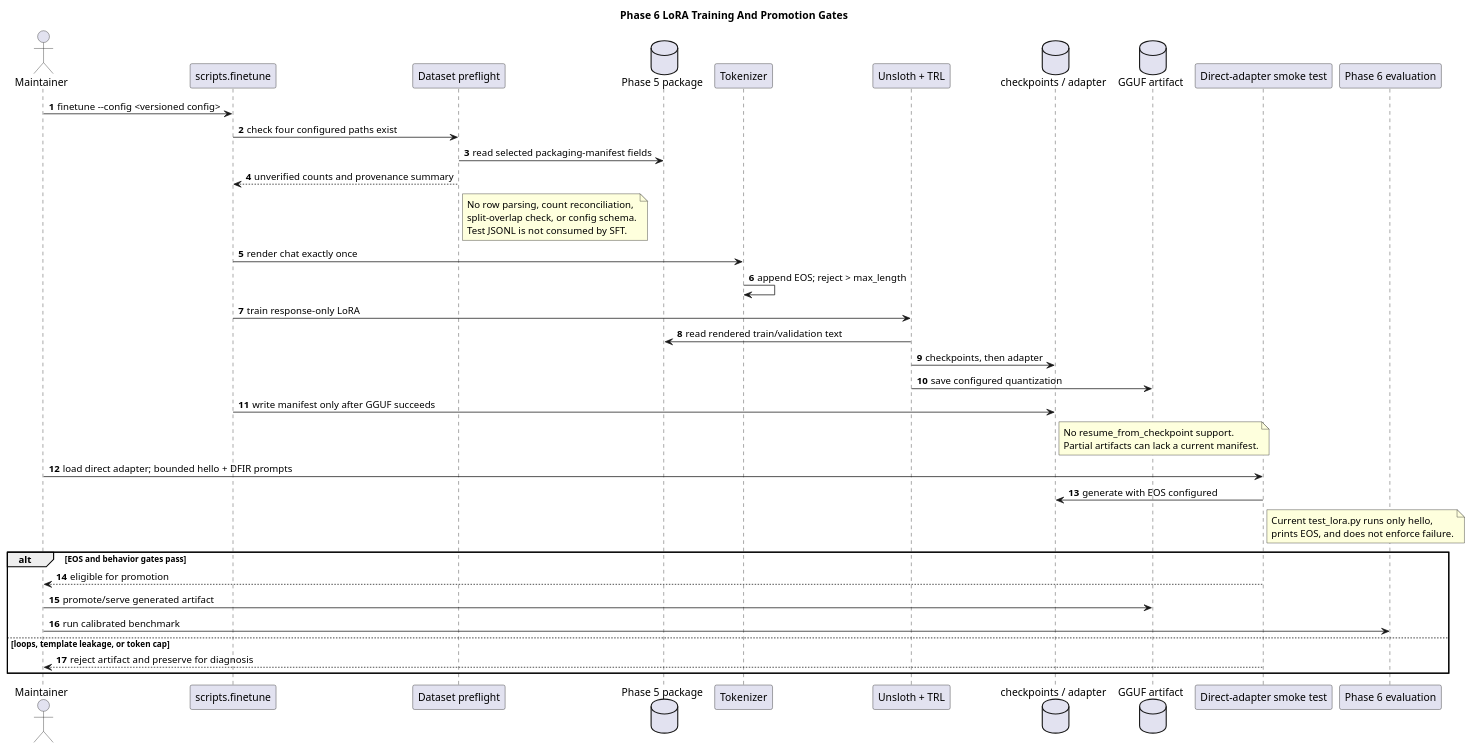
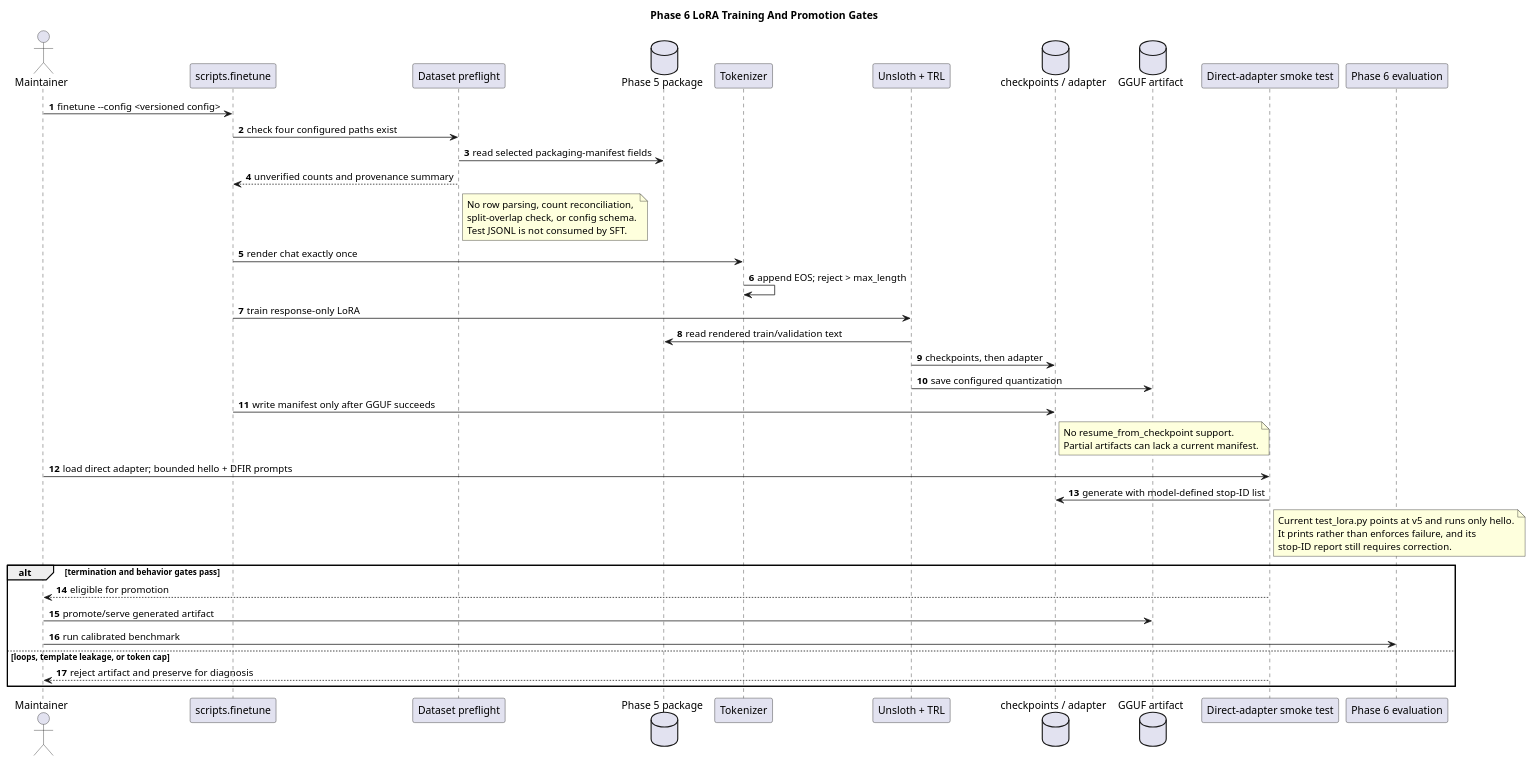
Before and after one commit to darkrelicz/dfir-dataset: the diagram in docs/diagrams/phase6-training-sequence.puml, drawn with PlantUML. The commit also changed 14 other files, not shown here.

```diff
--- a/docs/diagrams/phase6-training-sequence.puml
+++ b/docs/diagrams/phase6-training-sequence.puml
@@ -1,52 +1,53 @@
 @startuml
 title Phase 6 LoRA Training And Promotion Gates
 
 skinparam shadowing false
 autonumber
 
 actor Maintainer
 participant "scripts.finetune" as CLI
 participant "Dataset preflight" as Preflight
 database "Phase 5 package" as Package
 participant "Tokenizer" as Tokenizer
 participant "Unsloth + TRL" as Trainer
 database "checkpoints / adapter" as Artifacts
 database "GGUF artifact" as GGUF
 participant "Direct-adapter smoke test" as Smoke
 participant "Phase 6 evaluation" as Evaluation
 
 Maintainer -> CLI: finetune --config <versioned config>
 CLI -> Preflight: check four configured paths exist
 Preflight -> Package: read selected packaging-manifest fields
 Preflight --> CLI: unverified counts and provenance summary
 note right of Preflight
   No row parsing, count reconciliation,
   split-overlap check, or config schema.
   Test JSONL is not consumed by SFT.
 end note
 CLI -> Tokenizer: render chat exactly once
 Tokenizer -> Tokenizer: append EOS; reject > max_length
 CLI -> Trainer: train response-only LoRA
 Trainer -> Package: read rendered train/validation text
 Trainer -> Artifacts: checkpoints, then adapter
 Trainer -> GGUF: save configured quantization
 CLI -> Artifacts: write manifest only after GGUF succeeds
 note right of Artifacts
   No resume_from_checkpoint support.
   Partial artifacts can lack a current manifest.
 end note
 Maintainer -> Smoke: load direct adapter; bounded hello + DFIR prompts
-Smoke -> Artifacts: generate with EOS configured
+Smoke -> Artifacts: generate with model-defined stop-ID list
 note right of Smoke
-  Current test_lora.py runs only hello,
-  prints EOS, and does not enforce failure.
+  Current test_lora.py points at v5 and runs only hello.
+  It prints rather than enforces failure, and its
+  stop-ID report still requires correction.
 end note
-alt EOS and behavior gates pass
+alt termination and behavior gates pass
   Smoke --> Maintainer: eligible for promotion
   Maintainer -> GGUF: promote/serve generated artifact
   Maintainer -> Evaluation: run calibrated benchmark
 else loops, template leakage, or token cap
   Smoke --> Maintainer: reject artifact and preserve for diagnosis
 end
 
 @enduml
```
